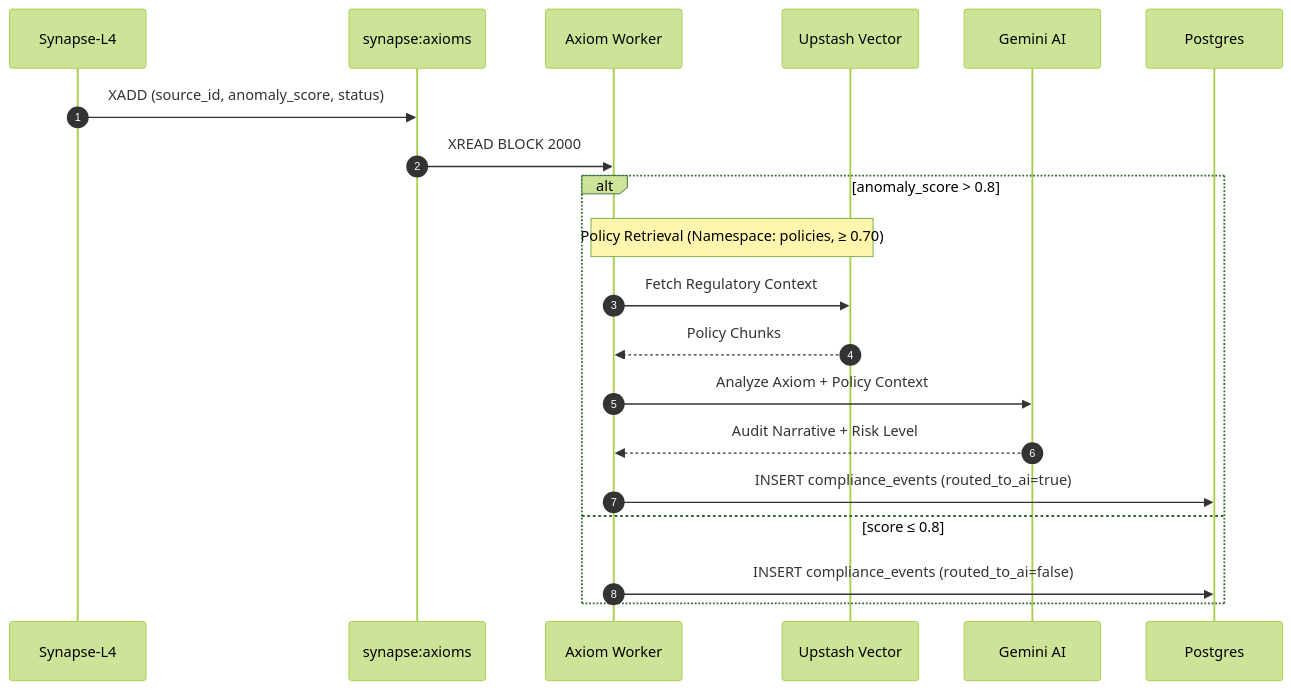
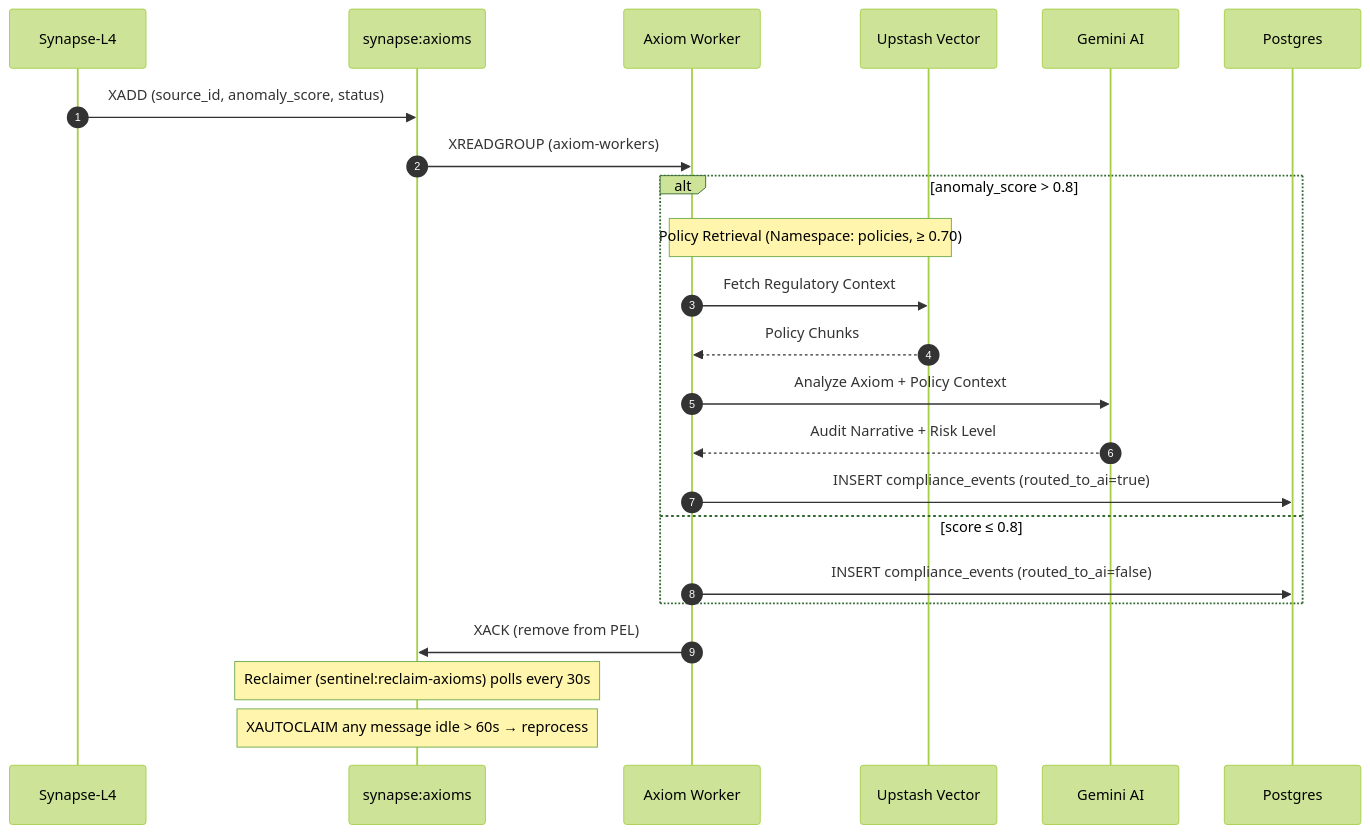
One commit to obrienma/sentinel-l7 changed the third of 6 diagrams in README.md. Above: the diagram before and after it, drawn with Mermaid (forest theme). The commit also changed other lines of this file and 9 other files, not shown here.

````diff
--- a/README.md
+++ b/README.md
@@ -183,24 +185,29 @@
 ```mermaid
 sequenceDiagram
     autonumber
     participant SL4 as Synapse-L4
     participant AS as synapse:axioms
     participant AW as Axiom Worker
     participant V as Upstash Vector
     participant G as Gemini AI
     participant DB as Postgres
 
     SL4->>AS: XADD (source_id, anomaly_score, status)
-    AS->>AW: XREAD BLOCK 2000
+    AS->>AW: XREADGROUP (axiom-workers)
 
     alt anomaly_score > 0.8
         note over AW,V: Policy Retrieval (Namespace: policies, ≥ 0.70)
         AW->>V: Fetch Regulatory Context
         V-->>AW: Policy Chunks
         AW->>G: Analyze Axiom + Policy Context
         G-->>AW: Audit Narrative + Risk Level
         AW->>DB: INSERT compliance_events (routed_to_ai=true)
     else score ≤ 0.8
         AW->>DB: INSERT compliance_events (routed_to_ai=false)
     end
+
+    AW->>AS: XACK (remove from PEL)
+
+    note over AS: Reclaimer (sentinel:reclaim-axioms) polls every 30s
+    note over AS: XAUTOCLAIM any message idle > 60s → reprocess
 ```
````
